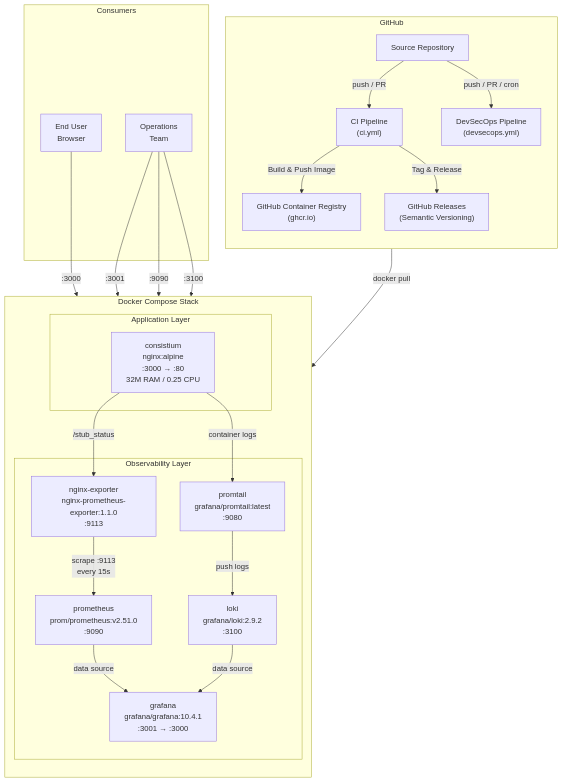
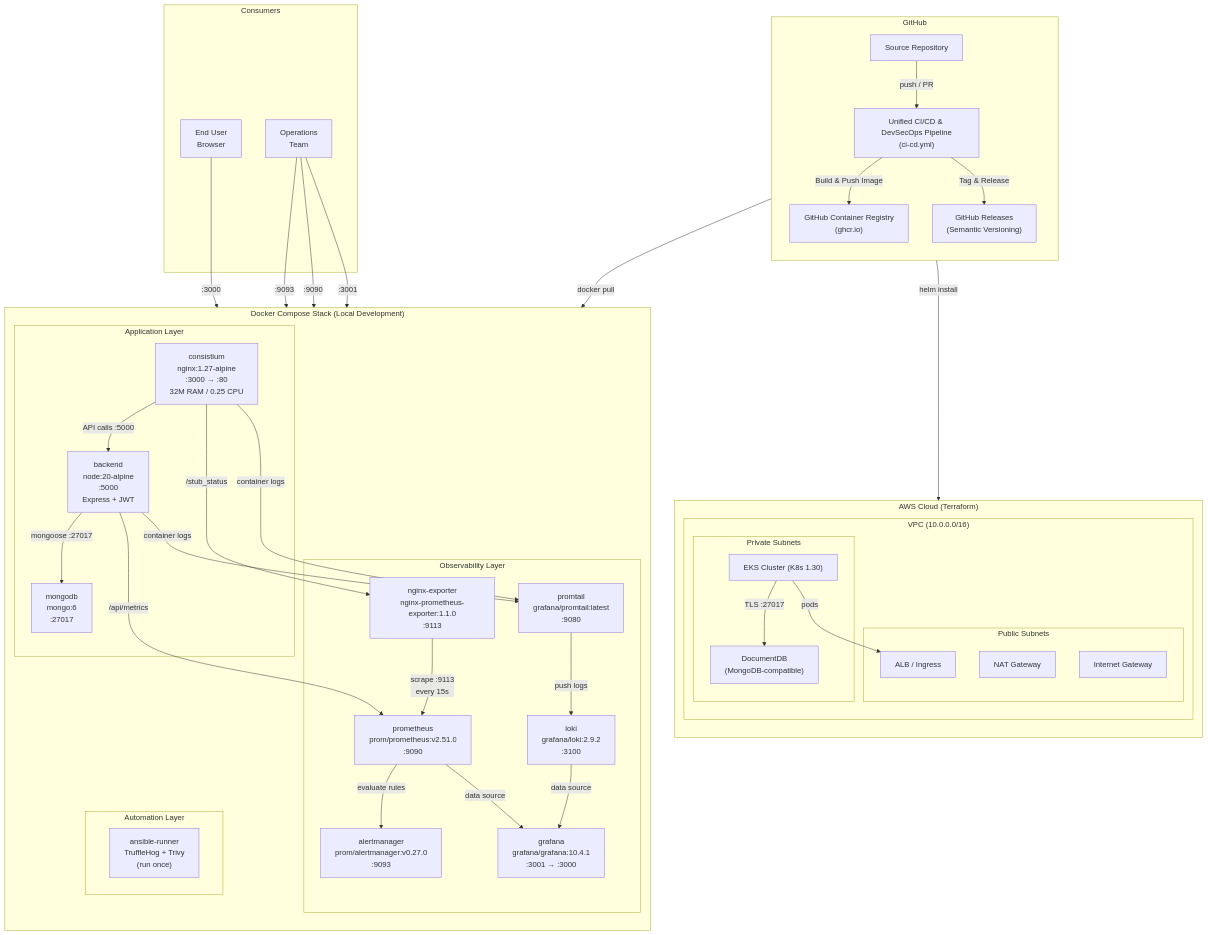
One commit to Kalpanapramodya97/consistium changed the first of 3 diagrams in docs/devops/architecture.md. Above: the diagram before and after it, drawn with Mermaid. The commit also changed other lines of this file and 5 other files, not shown here.

````diff
--- a/docs/devops/architecture.md
+++ b/docs/devops/architecture.md
@@ -7,50 +7,80 @@
 ```mermaid
 graph TB
     subgraph GitHub["GitHub"]
         direction TB
         Repo["Source Repository"]
-        CI["CI Pipeline<br/>(ci.yml)"]
-        SecOps["DevSecOps Pipeline<br/>(devsecops.yml)"]
+        CI["Unified CI/CD & DevSecOps Pipeline<br/>(ci-cd.yml)"]
         GHCR["GitHub Container Registry<br/>(ghcr.io)"]
         Releases["GitHub Releases<br/>(Semantic Versioning)"]
     end
 
-    subgraph DockerCompose["Docker Compose Stack"]
+    subgraph DockerCompose["Docker Compose Stack (Local Development)"]
         direction TB
         subgraph AppLayer["Application Layer"]
-            Consistium["consistium<br/>nginx:alpine<br/>:3000 → :80<br/>32M RAM / 0.25 CPU"]
+            Consistium["consistium<br/>nginx:1.27-alpine<br/>:3000 → :80<br/>32M RAM / 0.25 CPU"]
+            Backend["backend<br/>node:20-alpine<br/>:5000<br/>Express + JWT"]
+            MongoDB["mongodb<br/>mongo:6<br/>:27017"]
         end
 
         subgraph Observability["Observability Layer"]
             Exporter["nginx-exporter<br/>nginx-prometheus-exporter:1.1.0<br/>:9113"]
             Prometheus["prometheus<br/>prom/prometheus:v2.51.0<br/>:9090"]
+            Alertmanager_svc["alertmanager<br/>prom/alertmanager:v0.27.0<br/>:9093"]
             Grafana["grafana<br/>grafana/grafana:10.4.1<br/>:3001 → :3000"]
             Loki["loki<br/>grafana/loki:2.9.2<br/>:3100"]
             Promtail["promtail<br/>grafana/promtail:latest<br/>:9080"]
+        end
+
+        subgraph Automation["Automation Layer"]
+            Ansible["ansible-runner<br/>TruffleHog + Trivy<br/>(run once)"]
+        end
+    end
+
+    subgraph AWS["AWS Cloud (Terraform)"]
+        direction TB
+        subgraph AWSVPC["VPC (10.0.0.0/16)"]
+            subgraph PublicSubnets["Public Subnets"]
+                ALB["ALB / Ingress"]
+                NAT["NAT Gateway"]
+                IGW["Internet Gateway"]
+            end
+            subgraph PrivateSubnets["Private Subnets"]
+                EKS["EKS Cluster (K8s 1.30)"]
+                DocDB["DocumentDB<br/>(MongoDB-compatible)"]
+            end
         end
     end
 
     subgraph Users["Consumers"]
         Browser["End User<br/>Browser"]
         Ops["Operations<br/>Team"]
     end
 
     Repo -->|"push / PR"| CI
-    Repo -->|"push / PR / cron"| SecOps
     CI -->|"Build & Push Image"| GHCR
     CI -->|"Tag & Release"| Releases
     GHCR -->|"docker pull"| Consistium
+    GHCR -->|"helm install"| EKS
+
+    Consistium -->|"API calls :5000"| Backend
+    Backend -->|"mongoose :27017"| MongoDB
 
     Consistium -->|"/stub_status"| Exporter
+    Backend -->|"/api/metrics"| Prometheus
     Exporter -->|"scrape :9113<br/>every 15s"| Prometheus
+    Prometheus -->|"evaluate rules"| Alertmanager_svc
     Prometheus -->|"data source"| Grafana
 
     Consistium -->|"container logs"| Promtail
+    Backend -->|"container logs"| Promtail
     Promtail -->|"push logs"| Loki
     Loki -->|"data source"| Grafana
+
+    EKS -->|"pods"| ALB
+    EKS -->|"TLS :27017"| DocDB
 
     Browser -->|":3000"| Consistium
     Ops -->|":3001"| Grafana
     Ops -->|":9090"| Prometheus
-    Ops -->|":3100"| Loki
+    Ops -->|":9093"| Alertmanager_svc
 ```
````
